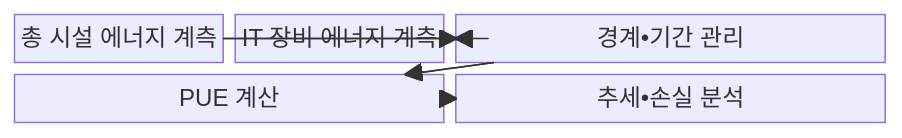
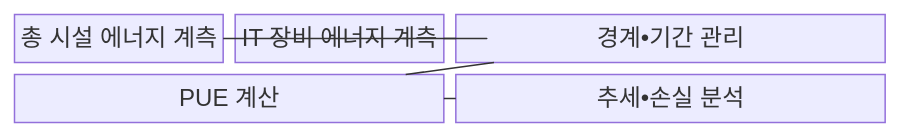
The first of 2 diagrams in src/content/docs/notes/06-evaluation/039_pue_power_usage_effectiveness.md (agnusdei1207/knowledge-base), drawn with Mermaid before and after one commit. The commit also changed other lines of this file and 493 other files, not shown here.

````diff
--- a/src/content/docs/notes/06-evaluation/039_pue_power_usage_effectiveness.md
+++ b/src/content/docs/notes/06-evaluation/039_pue_power_usage_effectiveness.md
@@ -67,15 +67,12 @@
 ```mermaid
 block-beta
     columns 3
     F["총 시설 에너지 계측"] I["IT 장비 에너지 계측"]
     B["경계•기간 관리"]:2
     P["PUE 계산"]:2
     A["추세•손실 분석"]:2
-    F --> B
-    I --> B
-    B --> P
-    P --> A
-  F --- B
-  B --- P
-  P --- A
+    F --- B
+    I --- B
+    B --- P
+    P --- A
 ```
````
